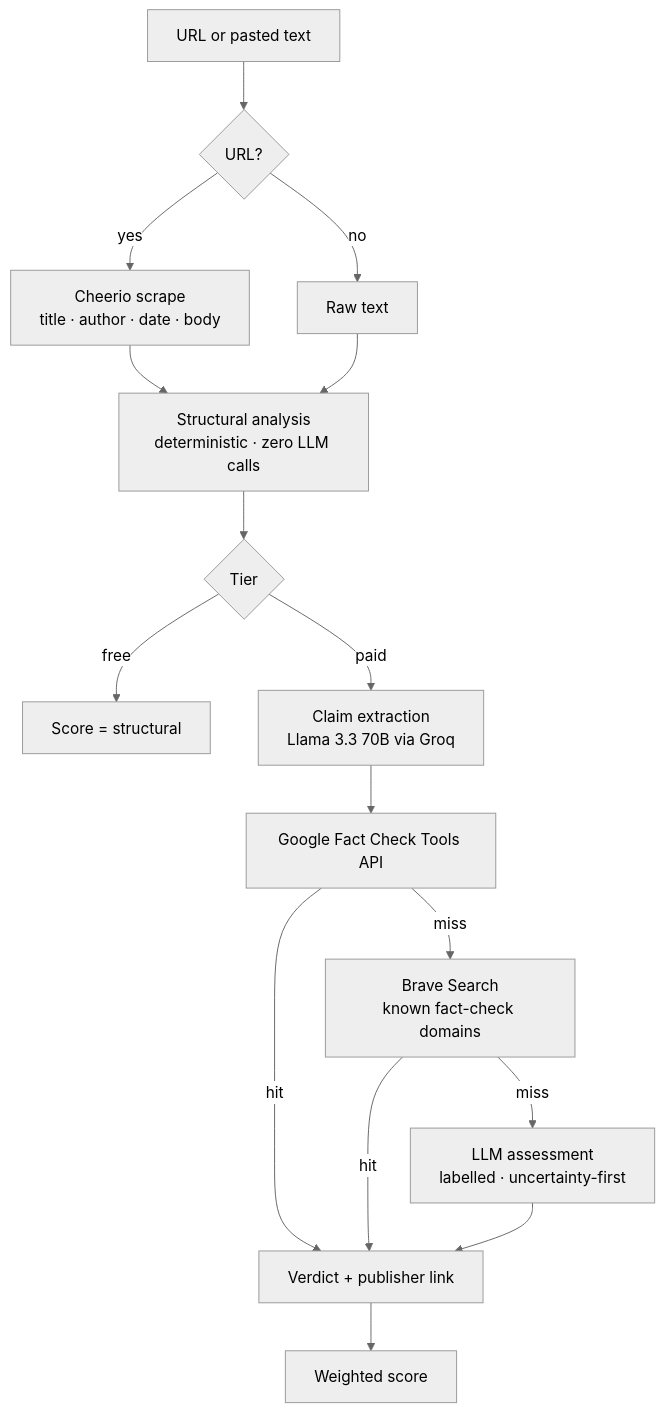
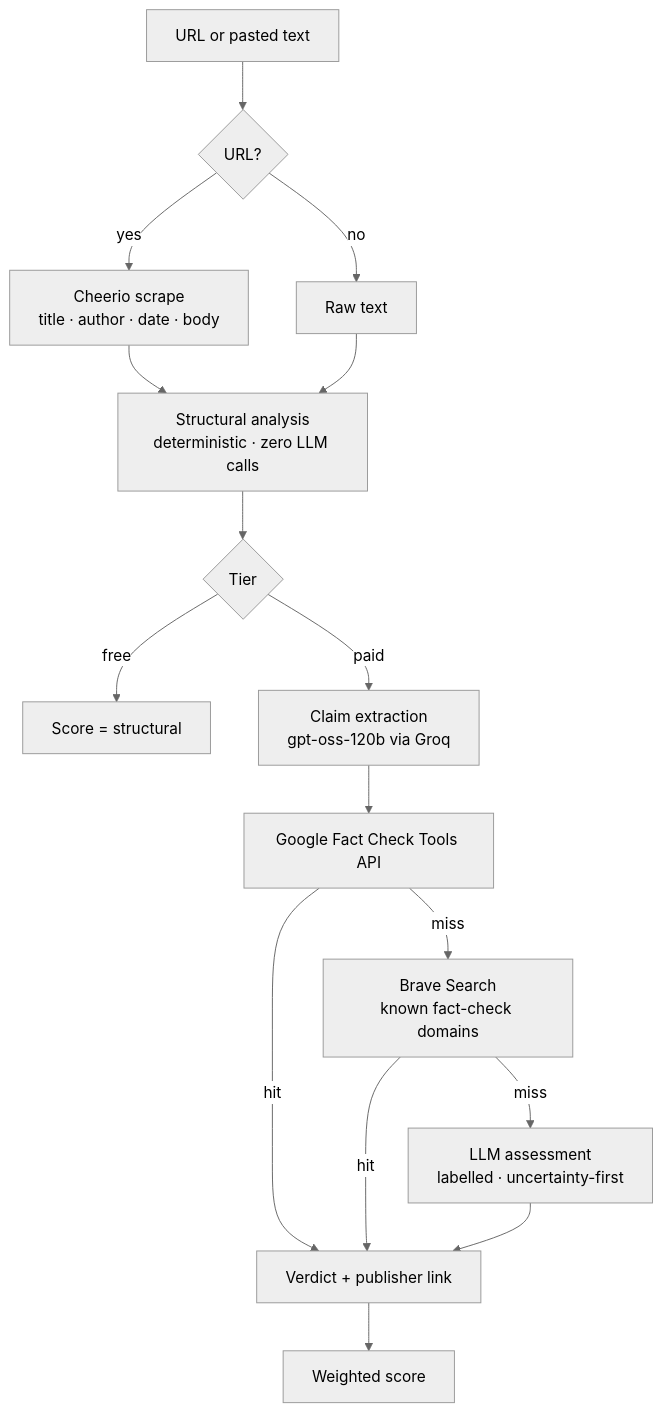
Before and after one commit to abouguri/Quanta: the first of 2 diagrams in README.md, drawn with Mermaid (neutral theme). The commit also changed other lines of this file and 14 other files, not shown here.

````diff
--- a/README.md
+++ b/README.md
@@ -123,18 +125,18 @@
 ```mermaid
 flowchart TD
     A["URL or pasted text"] --> B{"URL?"}
     B -- yes --> C["Cheerio scrape<br/>title · author · date · body"]
     B -- no --> D["Raw text"]
     C --> E["Structural analysis<br/>deterministic · zero LLM calls"]
     D --> E
     E --> F{"Tier"}
     F -- free --> G["Score = structural"]
-    F -- paid --> H["Claim extraction<br/>Llama 3.3 70B via Groq"]
+    F -- paid --> H["Claim extraction<br/>gpt-oss-120b via Groq"]
     H --> I["Google Fact Check Tools API"]
     I -- hit --> L["Verdict + publisher link"]
     I -- miss --> J["Brave Search<br/>known fact-check domains"]
     J -- hit --> L
     J -- miss --> K["LLM assessment<br/>labelled · uncertainty-first"]
     K --> L
     L --> M["Weighted score"]
 ```
````
